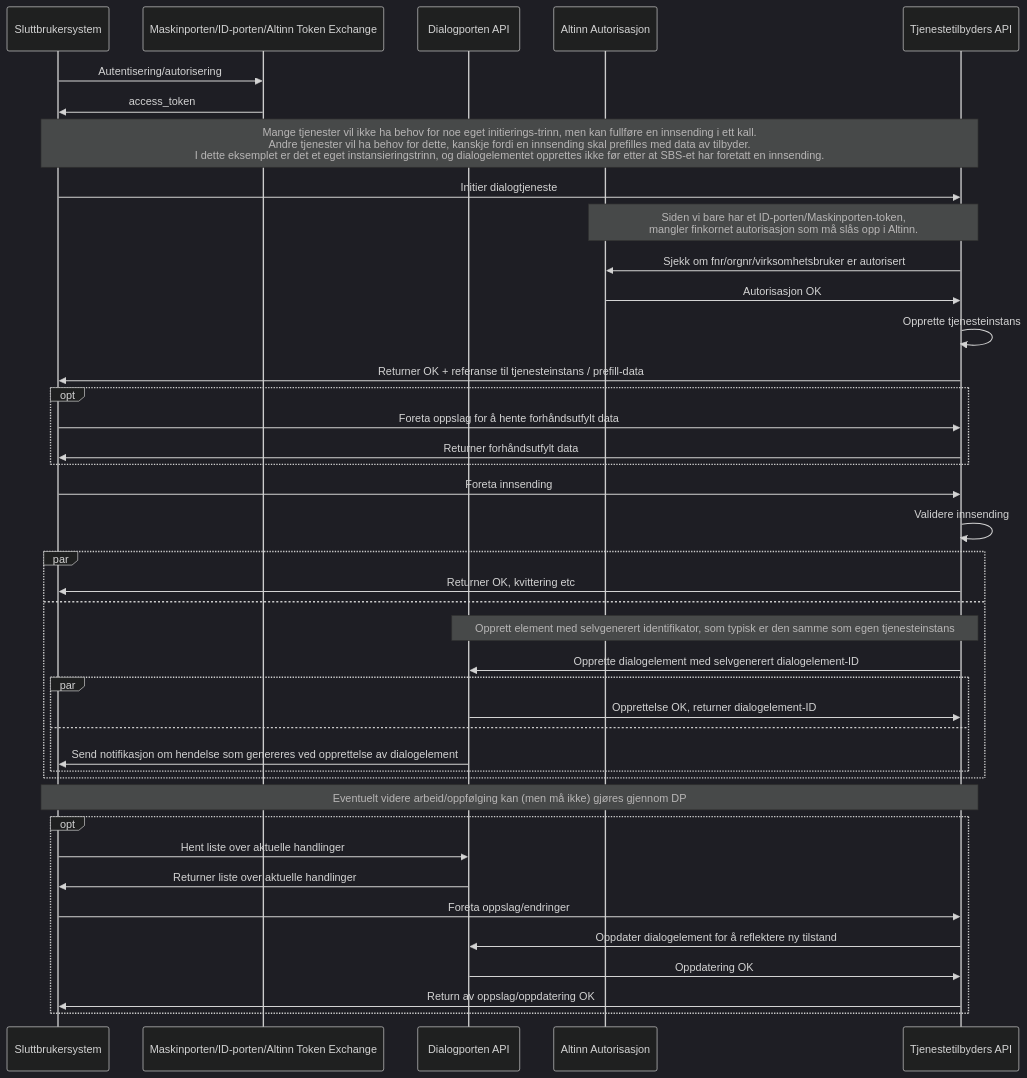
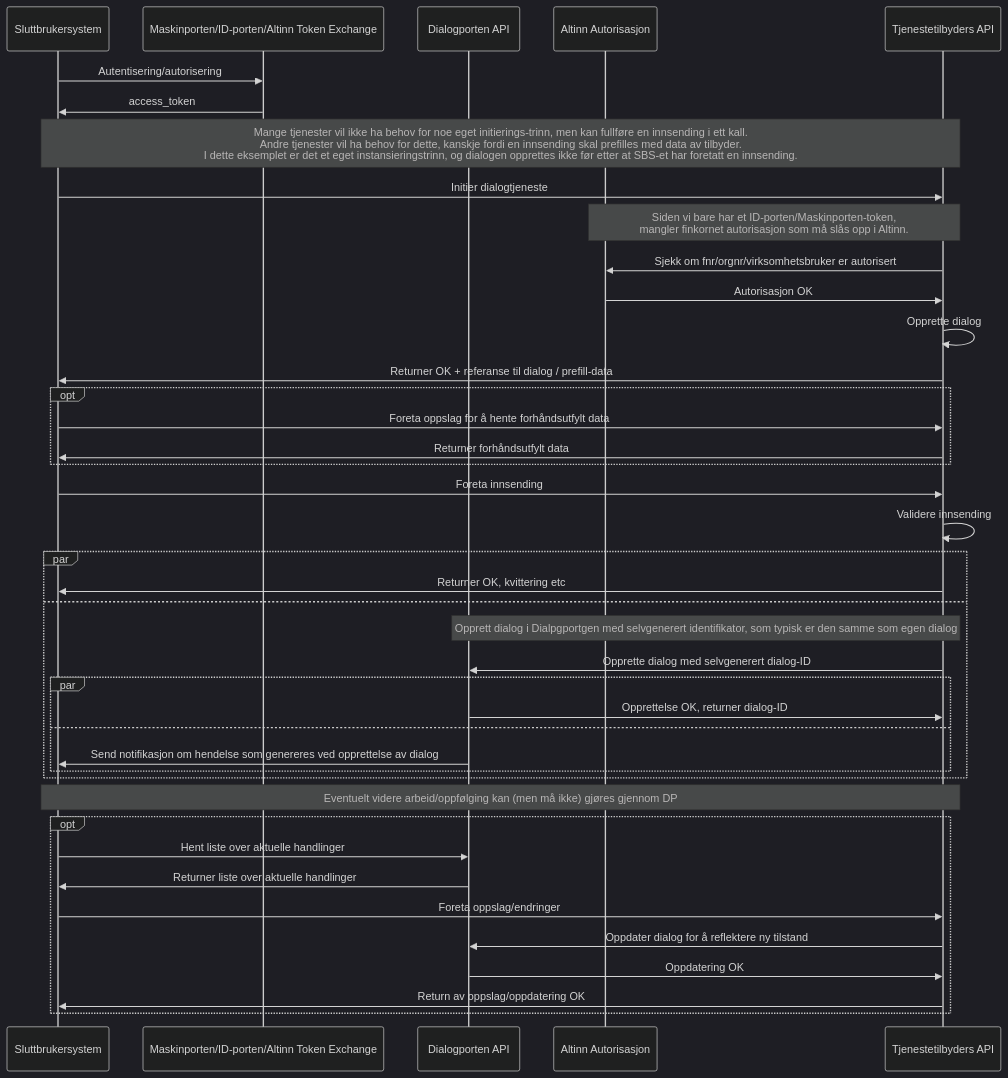
Before and after one commit to elsand/elsand.github.io: the sixth of 6 diagrams in dialogporten.md, drawn with Mermaid (dark theme). The commit also changed other lines of this file and 7 other files, not shown here.

Commit message:
Change 'dialog element' to 'dialog'

````diff
--- a/dialogporten.md
+++ b/dialogporten.md
@@ -502,49 +502,49 @@
 ```mermaid!
 sequenceDiagram
     participant SBS as Sluttbrukersystem
     participant EID as Maskinporten/ID-porten/Altinn Token Exchange
     participant API as Dialogporten API
     participant AA as Altinn Autorisasjon
     participant TEAPI as Tjenestetilbyders API
 SBS->>EID: Autentisering/autorisering
 EID->>SBS: access_token
-note over SBS,TEAPI: Mange tjenester vil ikke ha behov for noe eget initierings-trinn, men kan fullføre en innsending i ett kall.<br>Andre tjenester vil ha behov for dette, kanskje fordi en innsending skal prefilles med data av tilbyder.<br>I dette eksemplet er det et eget instansieringstrinn, og dialogelementet opprettes ikke før etter at SBS-et har foretatt en innsending.
+note over SBS,TEAPI: Mange tjenester vil ikke ha behov for noe eget initierings-trinn, men kan fullføre en innsending i ett kall.<br>Andre tjenester vil ha behov for dette, kanskje fordi en innsending skal prefilles med data av tilbyder.<br>I dette eksemplet er det et eget instansieringstrinn, og dialogen opprettes ikke før etter at SBS-et har foretatt en innsending.
 SBS->>TEAPI: Initier dialogtjeneste
 note over AA,TEAPI: Siden vi bare har et ID-porten/Maskinporten-token,<br>mangler finkornet autorisasjon som må slås opp i Altinn.
 TEAPI->>AA: Sjekk om fnr/orgnr/virksomhetsbruker er autorisert
 AA->>TEAPI: Autorisasjon OK
-TEAPI->>TEAPI: Opprette tjenesteinstans
-TEAPI->>SBS: Returner OK + referanse til tjenesteinstans / prefill-data
+TEAPI->>TEAPI: Opprette dialog
+TEAPI->>SBS: Returner OK + referanse til dialog / prefill-data
 opt
     SBS->>TEAPI: Foreta oppslag for å hente forhåndsutfylt data
     TEAPI->>SBS: Returner forhåndsutfylt data
 end
 SBS->>TEAPI: Foreta innsending
 TEAPI->>TEAPI: Validere innsending
 par
     TEAPI->>SBS: Returner OK, kvittering etc
 and
-    note over API,TEAPI: Opprett element med selvgenerert identifikator, som typisk er den samme som egen tjenesteinstans
-    TEAPI->>API: Opprette dialogelement med selvgenerert dialogelement-ID
+    note over API,TEAPI: Opprett dialog i Dialpgportgen med selvgenerert identifikator, som typisk er den samme som egen dialog
+    TEAPI->>API: Opprette dialog med selvgenerert dialog-ID
     par
-        API->>TEAPI: Opprettelse OK, returner dialogelement-ID
+        API->>TEAPI: Opprettelse OK, returner dialog-ID
     and
-        API->>SBS: Send notifikasjon om hendelse som genereres ved opprettelse av dialogelement    
+        API->>SBS: Send notifikasjon om hendelse som genereres ved opprettelse av dialog    
     end
 end
 
 note over SBS,TEAPI: Eventuelt videre arbeid/oppfølging kan (men må ikke) gjøres gjennom DP
 
 opt
     SBS->>API: Hent liste over aktuelle handlinger
     API->>SBS: Returner liste over aktuelle handlinger
 
     SBS->>TEAPI: Foreta oppslag/endringer
 
-    TEAPI->>API: Oppdater dialogelement for å reflektere ny tilstand
+    TEAPI->>API: Oppdater dialog for å reflektere ny tilstand
     API->>TEAPI: Oppdatering OK
 
     TEAPI->>SBS: Return av oppslag/oppdatering OK
 end
 
 ```
````
